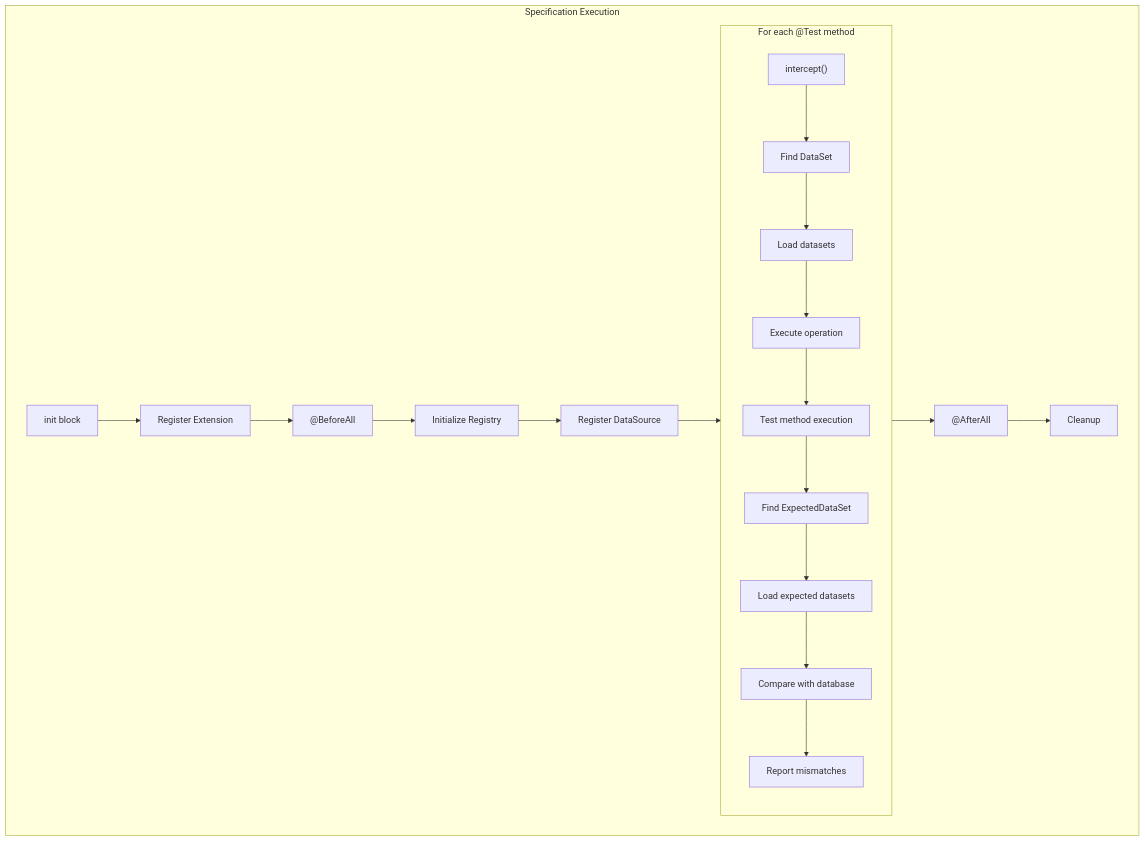
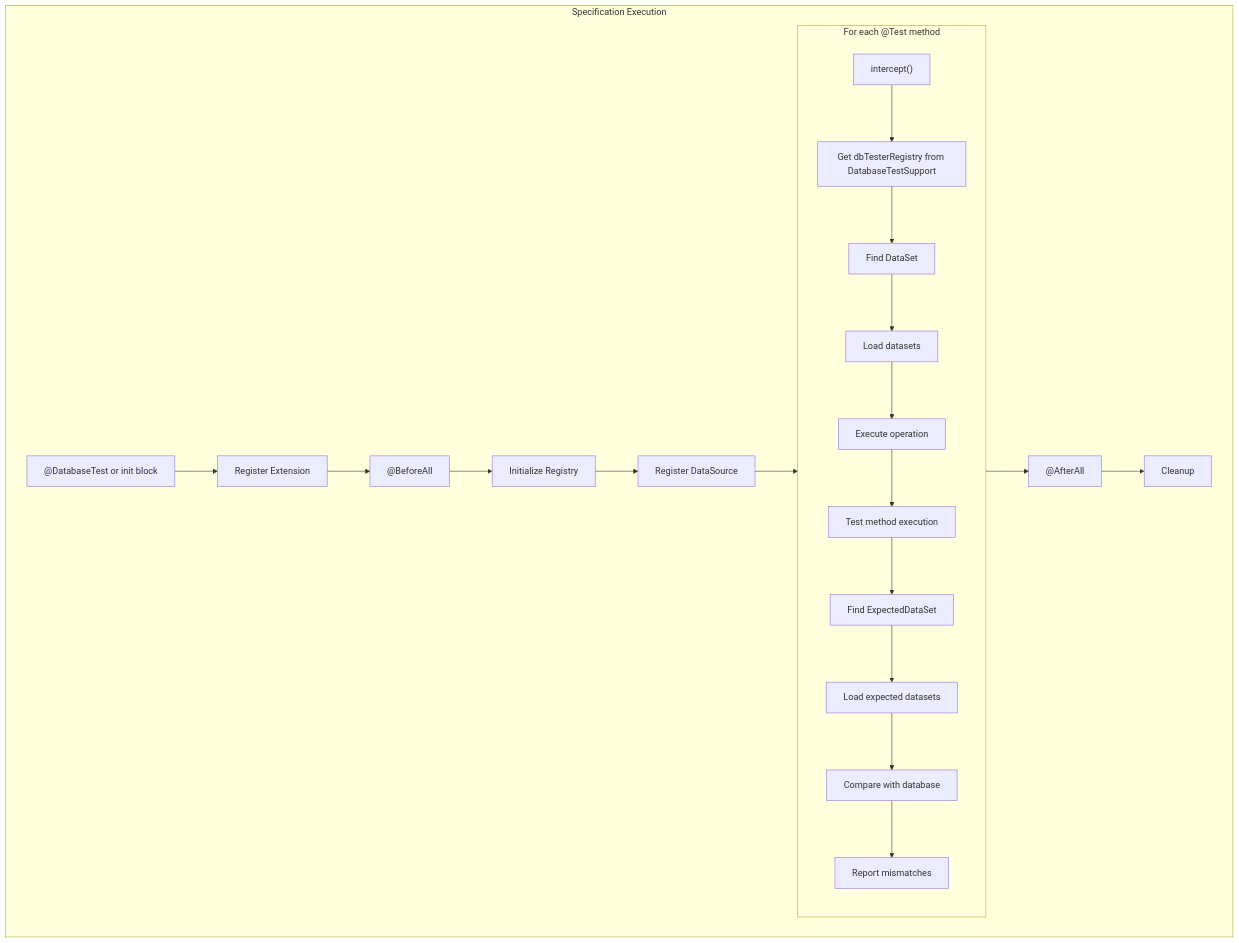
One commit to dkazi/db-tester changed the third of 3 diagrams in docs/specs/07-test-frameworks.md. Above: the diagram before and after it, drawn with Mermaid. The commit also changed other lines of this file and 63 other files, not shown here.

First line of the commit message:
feat(kotest,spock): simplify extension registration with DatabaseTestSupport (#65)

````diff
--- a/docs/specs/07-test-frameworks.md
+++ b/docs/specs/07-test-frameworks.md
@@ -555,28 +561,29 @@
 ```mermaid
 flowchart TD
     subgraph Specification Execution
-        INIT["init block"]
-        INIT --> INIT1[Register Extension]
+        ANN["@DatabaseTest or init block"]
+        ANN --> ANN1[Register Extension]
 
         BA["@BeforeAll"]
         BA --> BA1[Initialize Registry]
         BA1 --> BA2[Register DataSource]
 
         subgraph each["For each @Test method"]
             INT["intercept()"]
-            INT --> INT1["Find DataSet"]
-            INT1 --> INT2[Load datasets]
-            INT2 --> INT3[Execute operation]
-            INT3 --> TM[Test method execution]
-            TM --> INT4["Find ExpectedDataSet"]
-            INT4 --> INT5[Load expected datasets]
-            INT5 --> INT6[Compare with database]
-            INT6 --> INT7[Report mismatches]
+            INT --> INT1["Get dbTesterRegistry from DatabaseTestSupport"]
+            INT1 --> INT2["Find DataSet"]
+            INT2 --> INT3[Load datasets]
+            INT3 --> INT4[Execute operation]
+            INT4 --> TM[Test method execution]
+            TM --> INT5["Find ExpectedDataSet"]
+            INT5 --> INT6[Load expected datasets]
+            INT6 --> INT7[Compare with database]
+            INT7 --> INT8[Report mismatches]
         end
 
-        INIT1 --> BA
+        ANN1 --> BA
         BA2 --> each
         each --> AA["@AfterAll"]
         AA --> AA1[Cleanup]
     end
 ```
````
